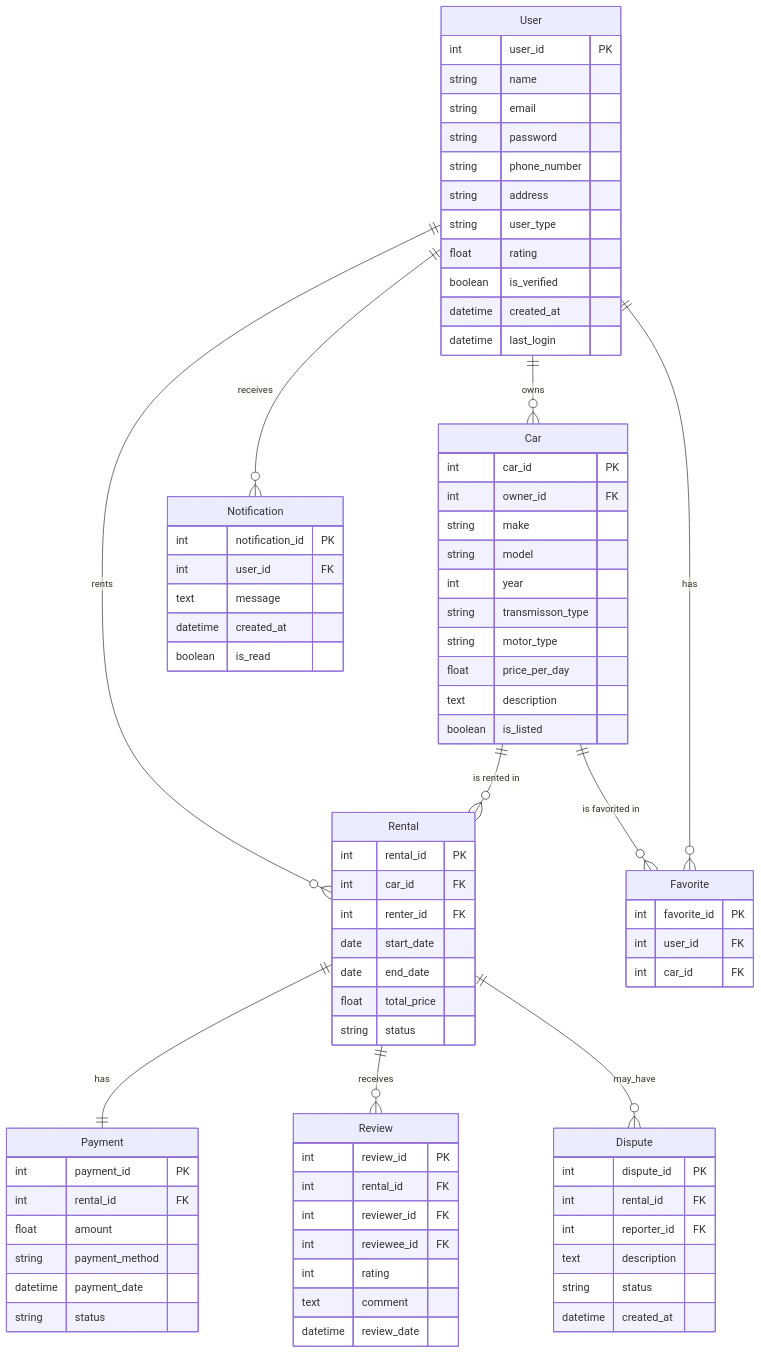
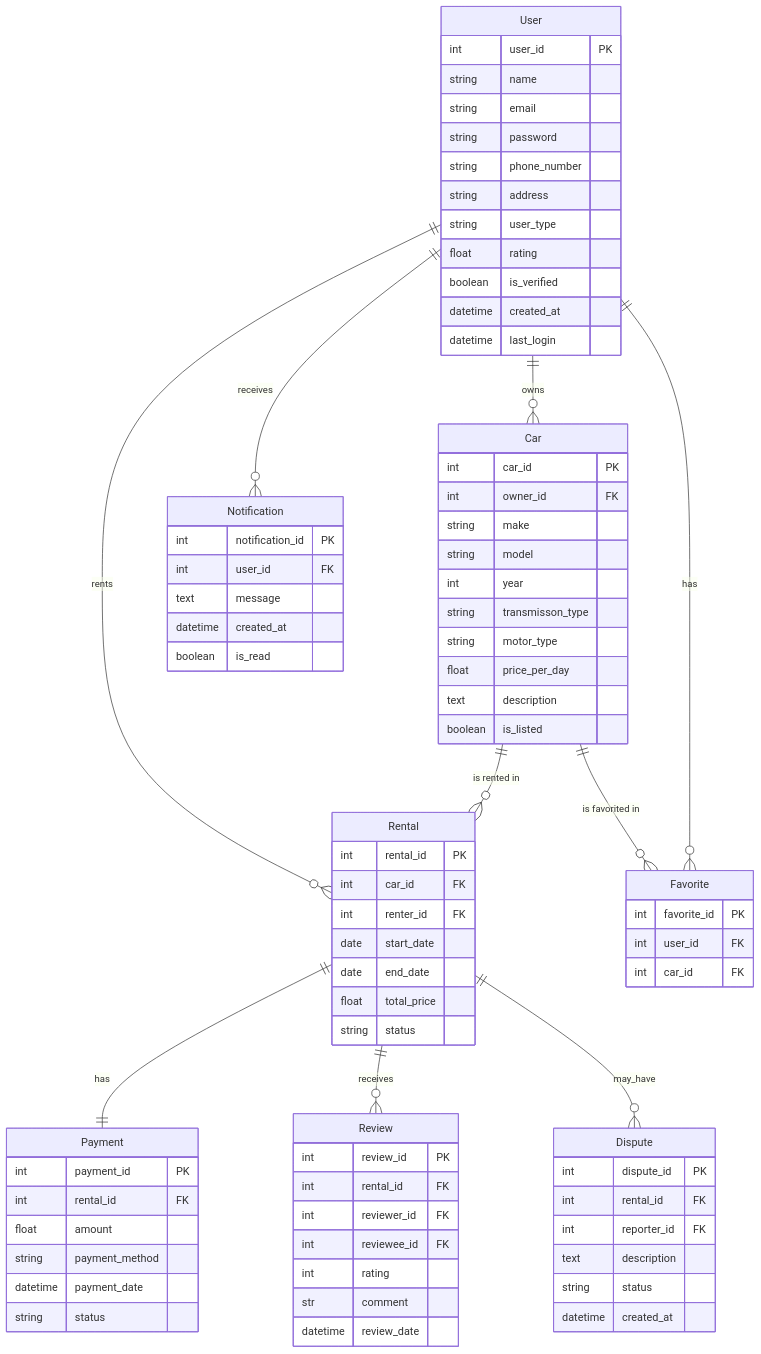
The diagram in ERD.md (mitdag/car-rental), drawn with Mermaid before and after one commit. The commit also changed 2 other files, not shown here.

Commit message:
review.py is added to schema and model, and in the ERD - data type of the coment filed in review is changed from text to string

```diff
--- a/ERD.md
+++ b/ERD.md
@@ -52,7 +52,7 @@
         int reviewer_id FK
         int reviewee_id FK
         int rating
-        text comment
+        str comment
         datetime review_date
     }
     Favorite {
```
